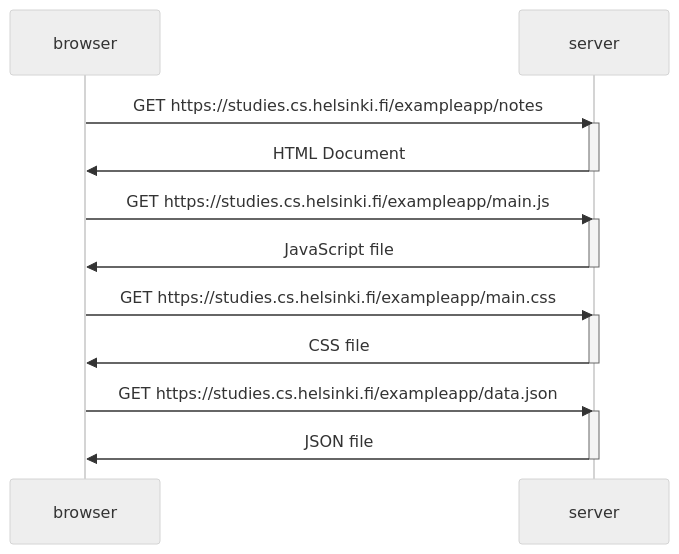
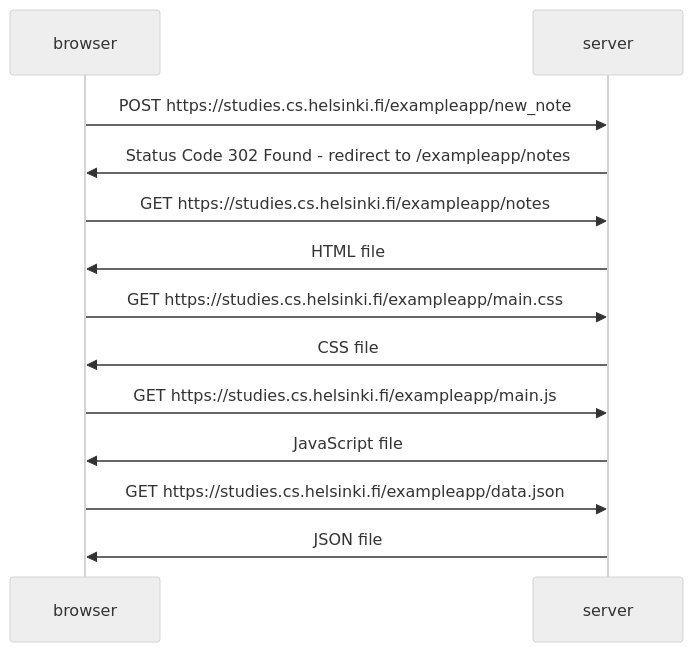
The diagram in osa0/0.4-uusi_muistiinpano.md (janjok/fullstackopen), drawn with Mermaid (neutral theme) before and after one commit. The commit also changed 12 other files, not shown here.

````diff
--- a/osa0/0.4-uusi_muistiinpano.md
+++ b/osa0/0.4-uusi_muistiinpano.md
@@ -1,25 +1,20 @@
 ```mermaid
 sequenceDiagram
     participant browser
     participant server
 
+    browser->>server: POST https://studies.cs.helsinki.fi/exampleapp/new_note
+    server->>browser: Status Code 302 Found - redirect to /exampleapp/notes
+
     browser->>server: GET https://studies.cs.helsinki.fi/exampleapp/notes
-    activate server
-    server->>browser: HTML Document
-    deactivate server
+    server->>browser: HTML file
+
+    browser->>server: GET https://studies.cs.helsinki.fi/exampleapp/main.css
+    server->>browser: CSS file
 
     browser->>server: GET https://studies.cs.helsinki.fi/exampleapp/main.js
-    activate server
     server->>browser: JavaScript file
-    deactivate server
-
-    browser->>server: GET https://studies.cs.helsinki.fi/exampleapp/main.css
-    activate server
-    server->>browser: CSS file
-    deactivate server
 
     browser->>server: GET https://studies.cs.helsinki.fi/exampleapp/data.json
-    activate server
     server->>browser: JSON file
-    deactivate server
 ```
````
